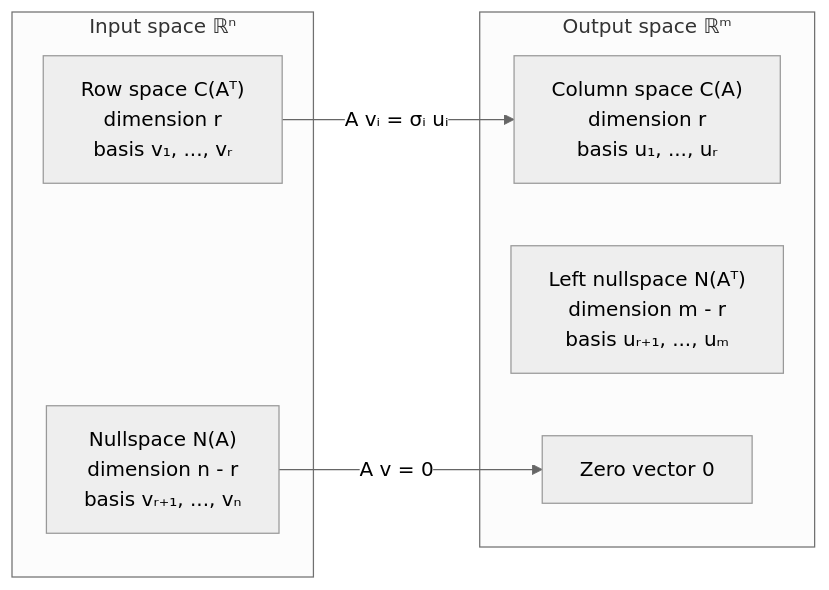
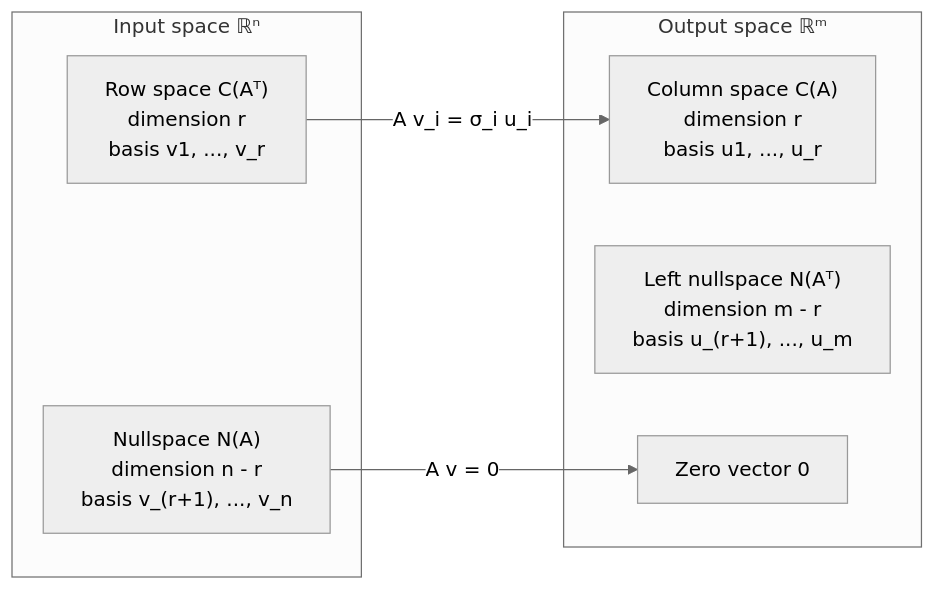
Before and after one commit to Choroning/26Spring_Computer-Linear-Algebra: the first of 2 diagrams in Lecture-Notes/Ch07_Singular-Value-Decomposition/Concepts_Lecture.md, drawn with Mermaid (neutral theme). The commit also changed other lines of this file and 5 other files, not shown here.

````diff
--- a/Lecture-Notes/Ch07_Singular-Value-Decomposition/Concepts_Lecture.md
+++ b/Lecture-Notes/Ch07_Singular-Value-Decomposition/Concepts_Lecture.md
@@ -91,14 +91,14 @@
 ```mermaid
 flowchart LR
     subgraph IN["Input space ℝⁿ"]
-        ROW["Row space C(Aᵀ)<br>dimension r<br>basis v₁, ..., vᵣ"]
-        NUL["Nullspace N(A)<br>dimension n - r<br>basis vᵣ₊₁, ..., vₙ"]
+        ROW["Row space C(Aᵀ)<br>dimension r<br>basis v1, ..., v_r"]
+        NUL["Nullspace N(A)<br>dimension n - r<br>basis v_(r+1), ..., v_n"]
     end
     subgraph OUT["Output space ℝᵐ"]
-        COL["Column space C(A)<br>dimension r<br>basis u₁, ..., uᵣ"]
-        LNU["Left nullspace N(Aᵀ)<br>dimension m - r<br>basis uᵣ₊₁, ..., uₘ"]
+        COL["Column space C(A)<br>dimension r<br>basis u1, ..., u_r"]
+        LNU["Left nullspace N(Aᵀ)<br>dimension m - r<br>basis u_(r+1), ..., u_m"]
         ZERO["Zero vector 0"]
     end
-    ROW -- "A vᵢ = σᵢ uᵢ" --> COL
+    ROW -- "A v_i = σ_i u_i" --> COL
     NUL -- "A v = 0" --> ZERO
 ```
````
